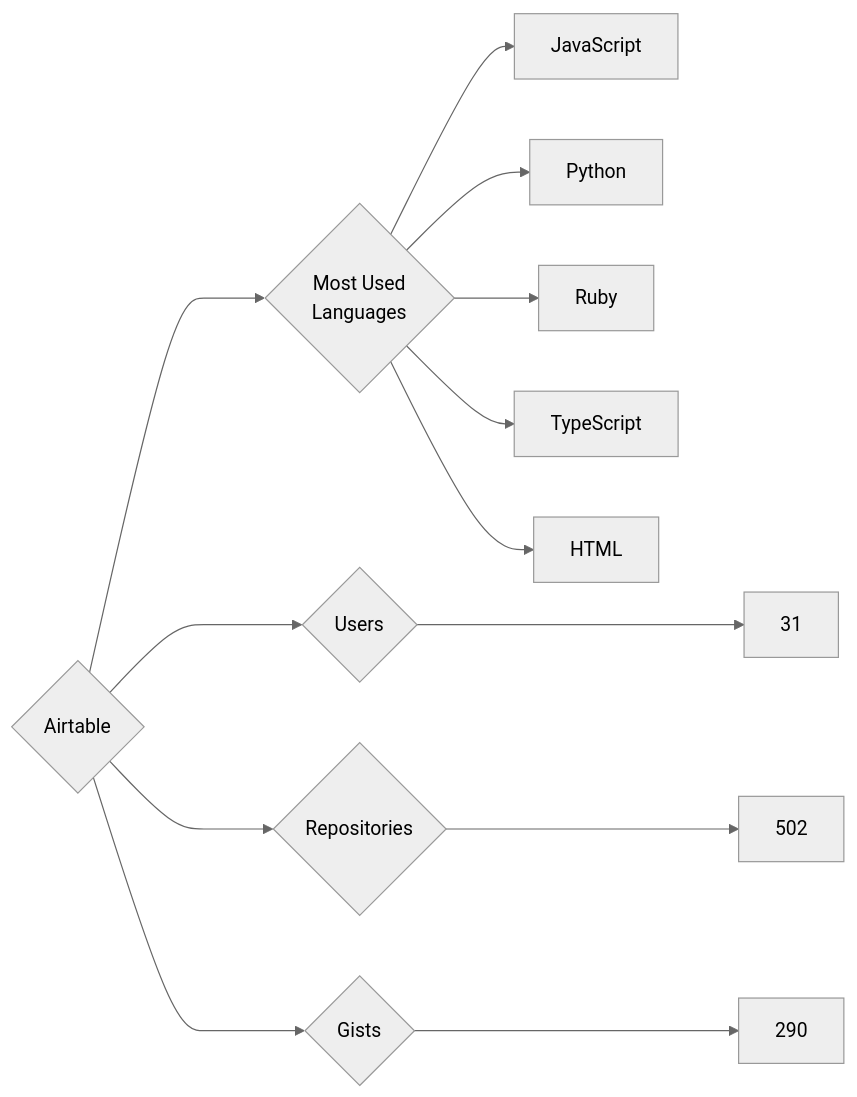
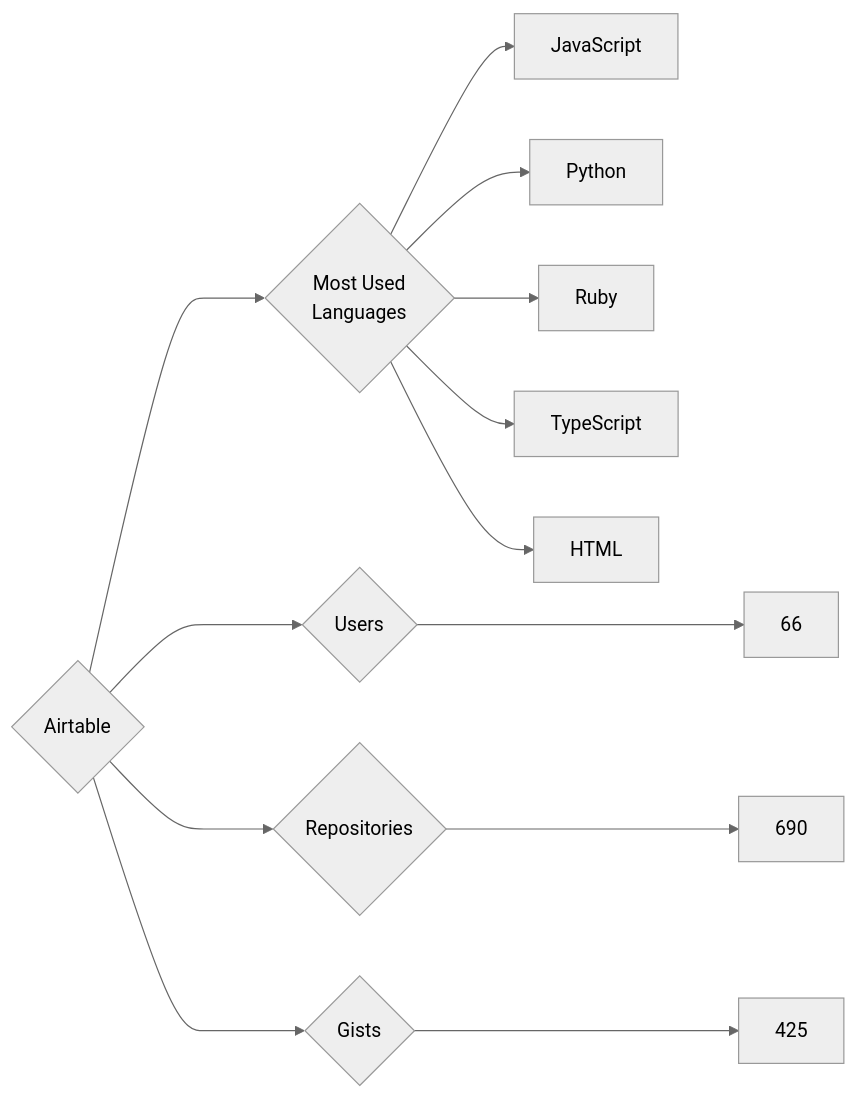
Before and after one commit to trickest/insiders: the diagram in targets/Airtable/README.md, drawn with Mermaid (neutral theme). The commit also changed 757 other files, not shown here.

````diff
--- a/targets/Airtable/README.md
+++ b/targets/Airtable/README.md
@@ -3,13 +3,13 @@
 ```mermaid
 graph LR
 COMPANY_NAME{Airtable}
-COMPANY_NAME ---> U{Users} ---> UN[31]
-COMPANY_NAME ---> R{Repositories} ---> RN[502]
-COMPANY_NAME ---> G{Gists} ---> GN[290]
+COMPANY_NAME ---> U{Users} ---> UN[66]
+COMPANY_NAME ---> R{Repositories} ---> RN[690]
+COMPANY_NAME ---> G{Gists} ---> GN[425]
 COMPANY_NAME ---> ML{Most Used<br>Languages}
 ML --> JavaScript[JavaScript]
 ML --> Python[Python]
 ML --> Ruby[Ruby]
 ML --> TypeScript[TypeScript]
 ML --> HTML[HTML]
 ```
````
